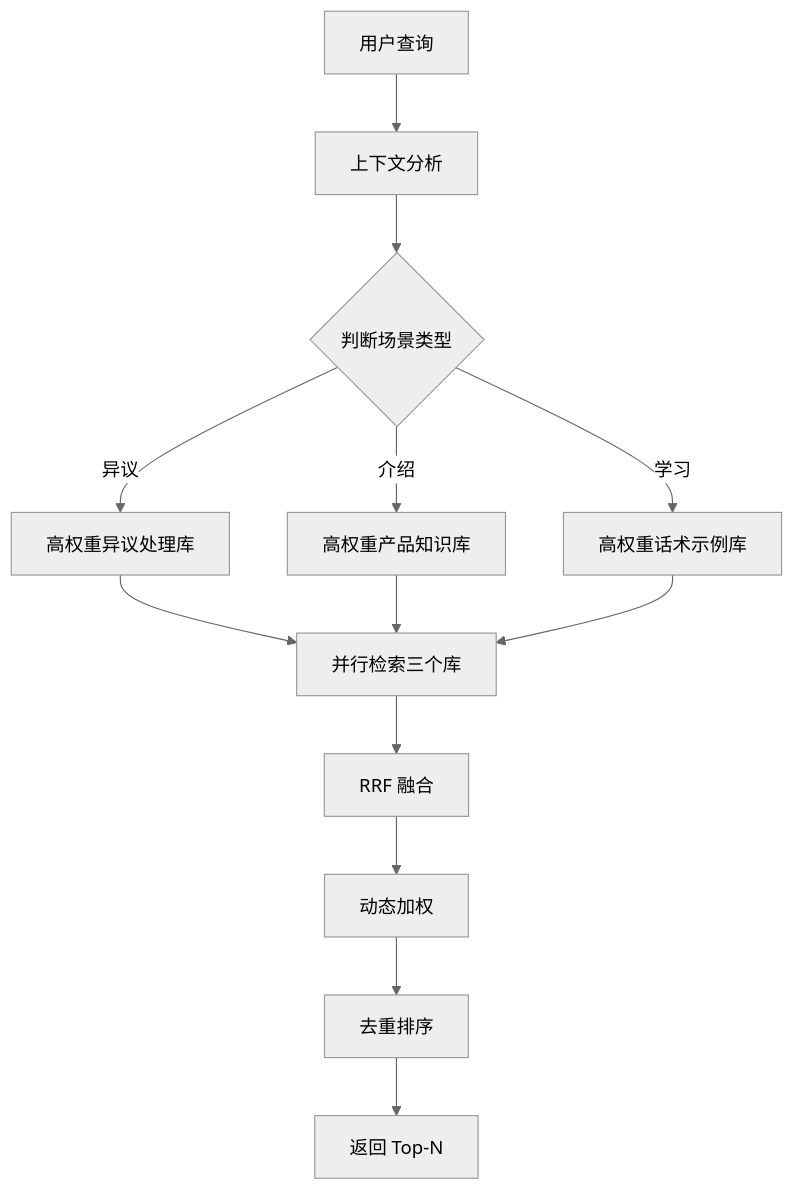
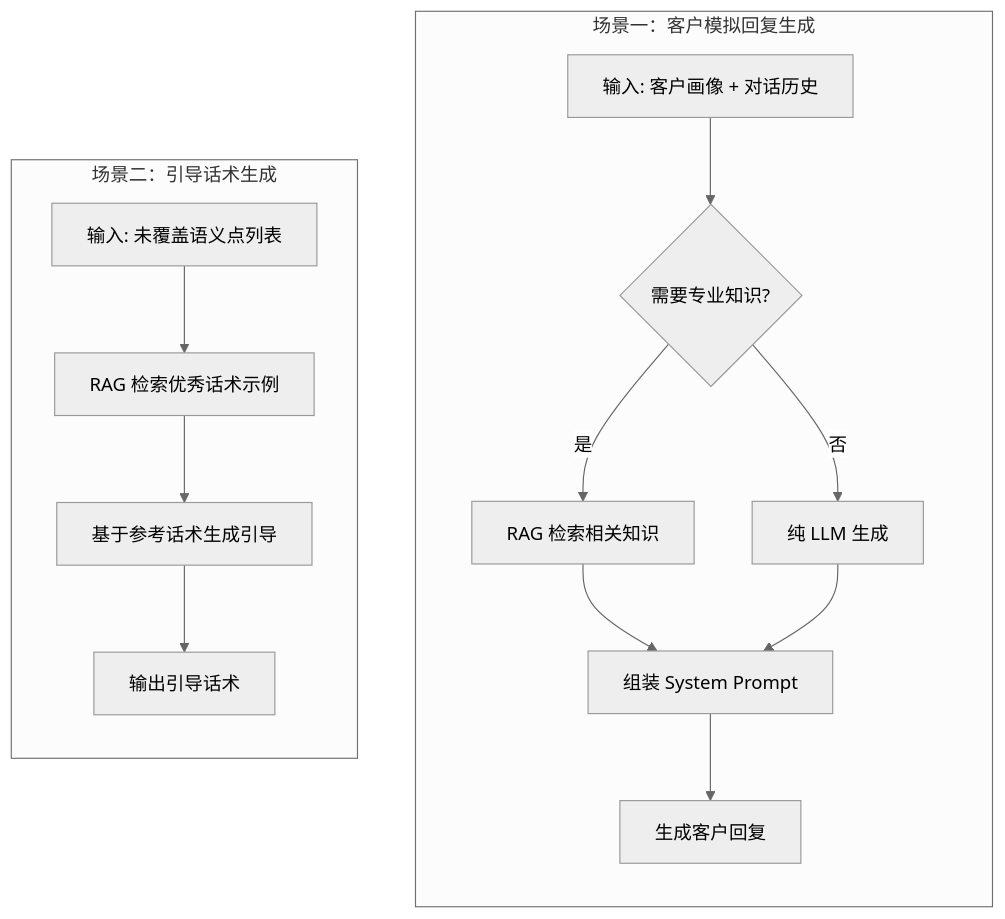
Before and after one commit to xt765/UMU-Sales-Trainer: the seventh of 13 diagrams in docs/architecture.md, drawn with Mermaid (neutral theme). The commit also changed other lines of this file and 1 other file, not shown here.

````diff
--- a/docs/architecture.md
+++ b/docs/architecture.md
@@ -239,15 +391,18 @@
 ```mermaid
-flowchart TD
-    A[用户查询] --> B[上下文分析]
-    B --> C{判断场景类型}
-    C -->|异议| D[高权重异议处理库]
-    C -->|介绍| E[高权重产品知识库]
-    C -->|学习| F[高权重话术示例库]
-    D --> G[并行检索三个库]
-    E --> G
-    F --> G
-    G --> H[RRF 融合]
-    H --> I[动态加权]
-    I --> J[去重排序]
-    J --> K[返回 Top-N]
+flowchart TB
+    subgraph Scene1["场景一：客户模拟回复生成"]
+        direction TB
+        S1A[输入: 客户画像 + 对话历史] --> S1B{需要专业知识?}
+        S1B -->|是| S1C[RAG 检索相关知识]
+        S1B -->|否| S1D[纯 LLM 生成]
+        S1C & S1D --> S1E[组装 System Prompt]
+        S1E --> S1F[生成客户回复]
+    end
+    
+    subgraph Scene2["场景二：引导话术生成"]
+        direction TB
+        S2A[输入: 未覆盖语义点列表] --> S2B[RAG 检索优秀话术示例]
+        S2B --> S2C[基于参考话术生成引导]
+        S2C --> S2D[输出引导话术]
+    end
 ```
````
